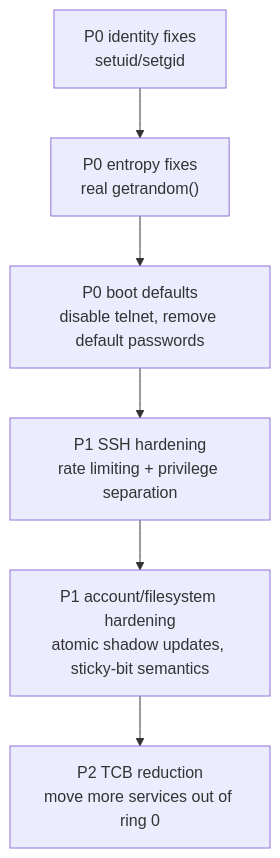
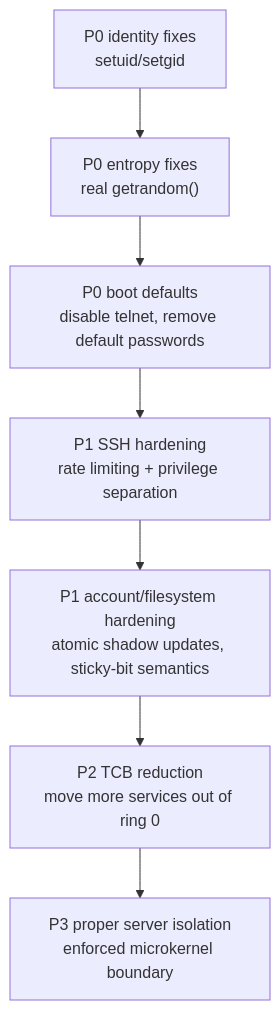
One commit to mikecubed/m3OS changed the second of 2 diagrams in docs/evaluation/security-review.md. Above: the diagram before and after it, drawn with Mermaid. The commit also changed other lines of this file and 6 other files, not shown here.

Commit message:
docs: deepen evaluation architecture analysis

````diff
--- a/docs/evaluation/security-review.md
+++ b/docs/evaluation/security-review.md
@@ -73,8 +86,9 @@
 ```mermaid
 flowchart TD
     A["P0 identity fixes<br/>setuid/setgid"] --> B["P0 entropy fixes<br/>real getrandom()"]
     B --> C["P0 boot defaults<br/>disable telnet, remove default passwords"]
     C --> D["P1 SSH hardening<br/>rate limiting + privilege separation"]
     D --> E["P1 account/filesystem hardening<br/>atomic shadow updates, sticky-bit semantics"]
     E --> F["P2 TCB reduction<br/>move more services out of ring 0"]
+    F --> G["P3 proper server isolation<br/>enforced microkernel boundary"]
 ```
````
